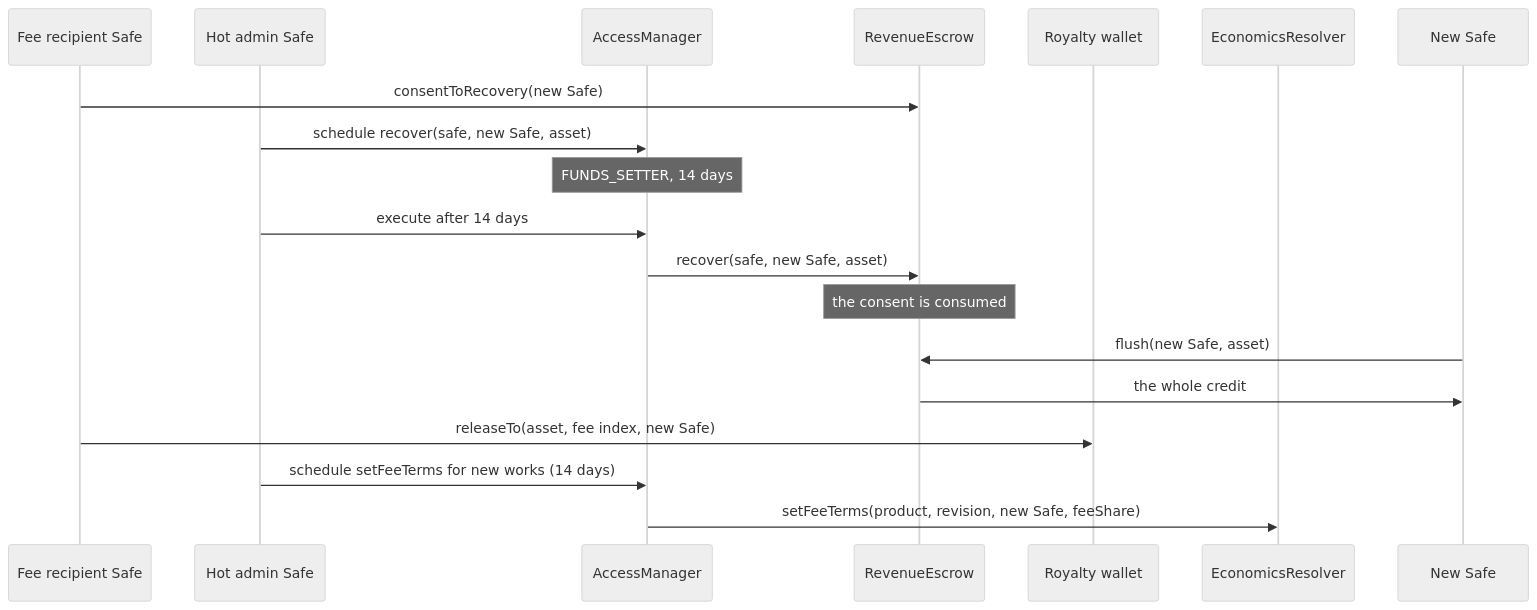
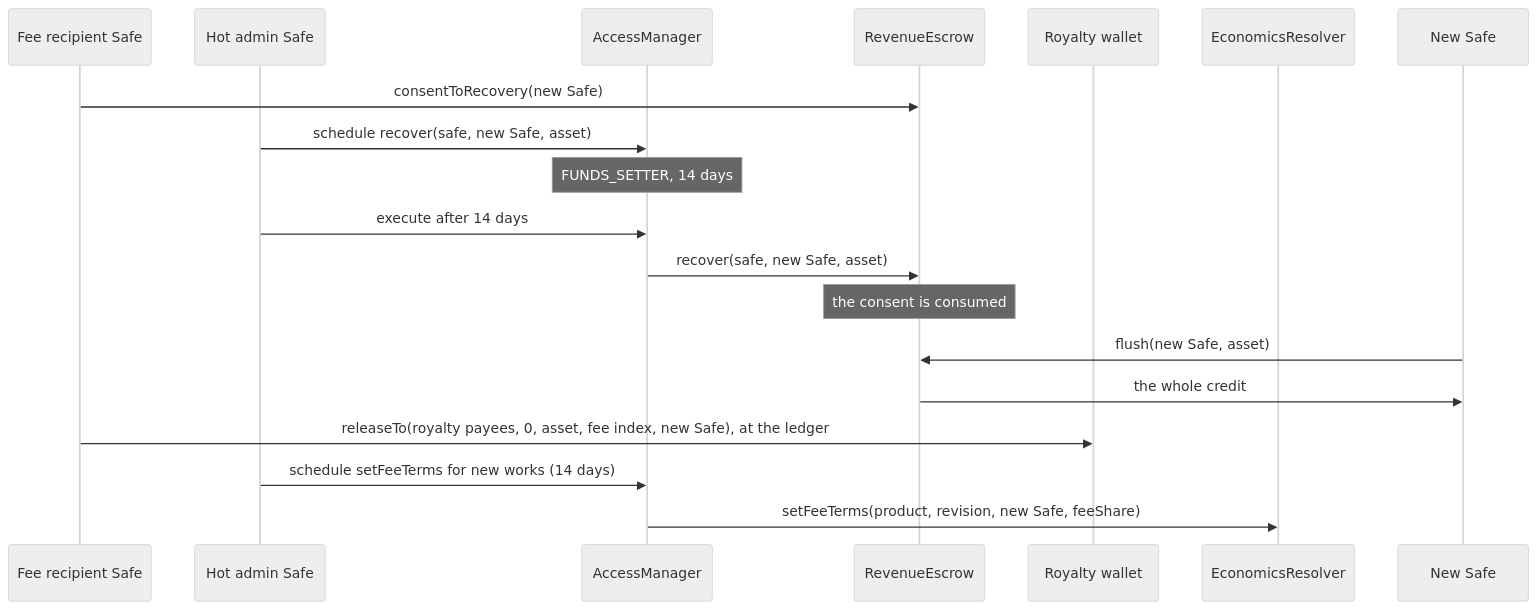
Before and after one commit to 6529-Collections/6529-works: the eighth of 8 diagrams in docs/spec/economics-and-payouts.md, drawn with Mermaid (neutral theme). The commit also changed other lines of this file and 369 other files, not shown here.

````diff
--- a/docs/spec/economics-and-payouts.md
+++ b/docs/spec/economics-and-payouts.md
@@ -475,21 +567,21 @@
 ```mermaid
 sequenceDiagram
     participant Safe as Fee recipient Safe
     participant Admin as Hot admin Safe
     participant Manager as AccessManager
     participant Escrow as RevenueEscrow
     participant Royalty as Royalty wallet
     participant Resolver as EconomicsResolver
     participant NewSafe as New Safe
     Safe->>Escrow: consentToRecovery(new Safe)
     Admin->>Manager: schedule recover(safe, new Safe, asset)
     Note over Manager: FUNDS_SETTER, 14 days
     Admin->>Manager: execute after 14 days
     Manager->>Escrow: recover(safe, new Safe, asset)
     Note over Escrow: the consent is consumed
     NewSafe->>Escrow: flush(new Safe, asset)
     Escrow->>NewSafe: the whole credit
-    Safe->>Royalty: releaseTo(asset, fee index, new Safe)
+    Safe->>Royalty: releaseTo(royalty payees, 0, asset, fee index, new Safe), at the ledger
     Admin->>Manager: schedule setFeeTerms for new works (14 days)
     Manager->>Resolver: setFeeTerms(product, revision, new Safe, feeShare)
 ```
````
